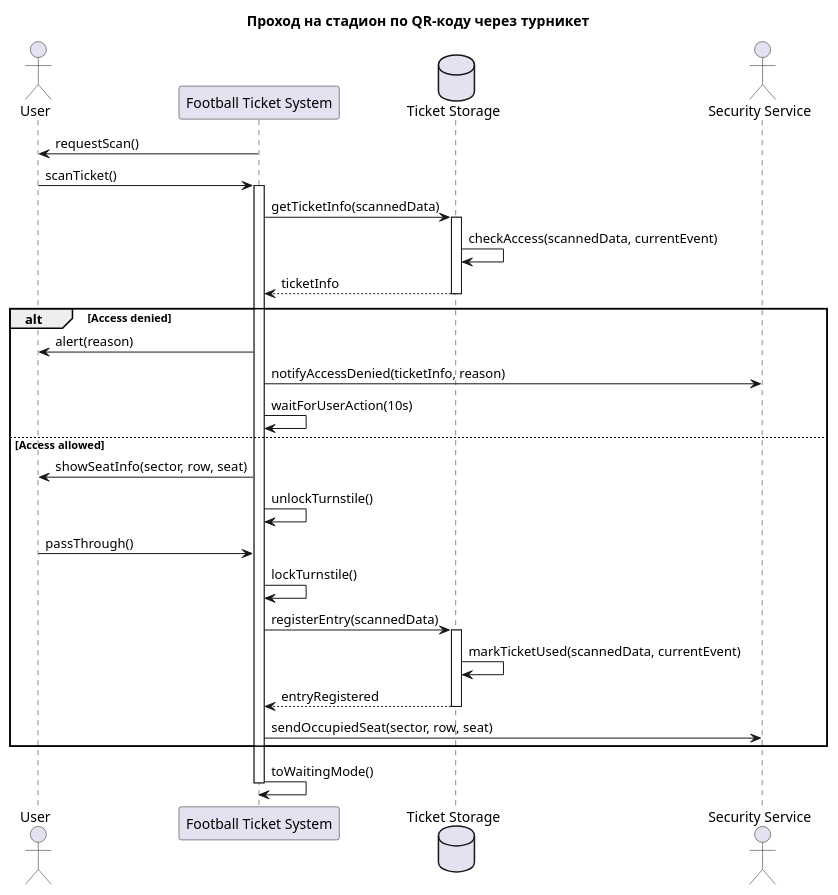
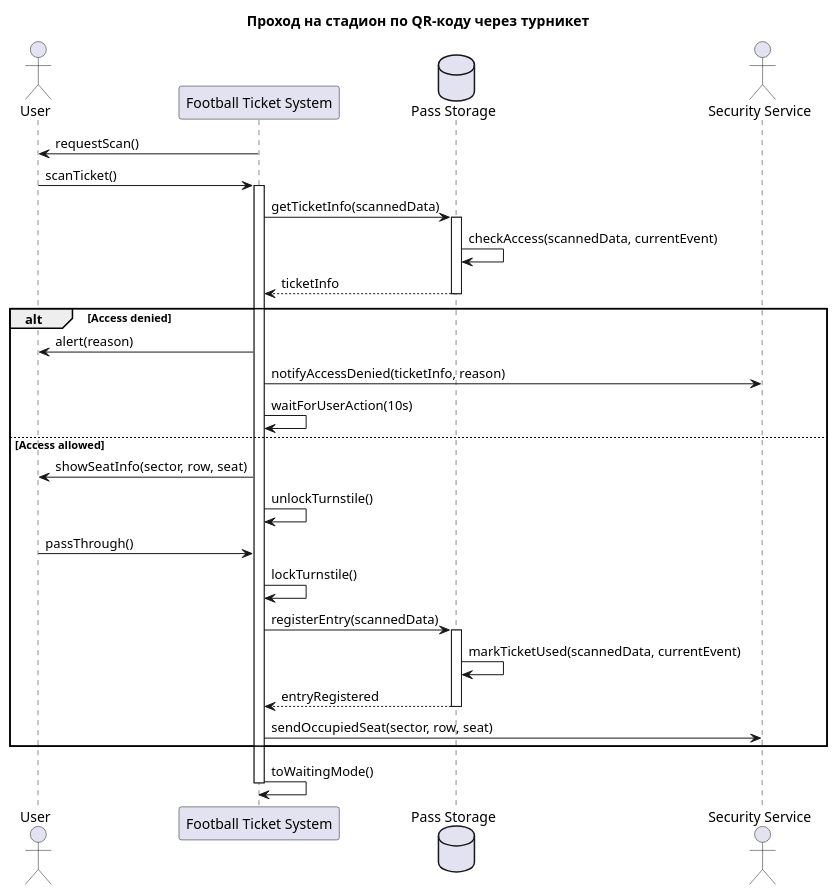
Before and after one commit to penamarth/bsbo-11-24_team5_var10_football: the diagram in Преценденты/Проход на стадион по QR-коду/Диаграмма последовательности.md, drawn with PlantUML. The commit also changed 14 other files, not shown here.

Commit message:
Дочистил чужие прецеденты под конвенцию FTS / Pass Storage: упоминания БД, Ticket Storage, контроллера и класса интерфейса заменены на FTS и хранилище пропусков

````diff
--- a/Преценденты/Проход на стадион по QR-коду/Диаграмма последовательности.md
+++ b/Преценденты/Проход на стадион по QR-коду/Диаграмма последовательности.md
@@ -3,43 +3,43 @@
 ```plantuml
 @startuml
 title Проход на стадион по QR-коду через турникет
 
 actor "User" as User
 participant "Football Ticket System" as FTS
-database "Ticket Storage" as TicketStorage
+database "Pass Storage" as PassStorage
 actor "Security Service" as Security
 
 FTS -> User : requestScan()
 User -> FTS : scanTicket()
 activate FTS
 
-FTS -> TicketStorage : getTicketInfo(scannedData)
-activate TicketStorage
-TicketStorage -> TicketStorage : checkAccess(scannedData, currentEvent)
-TicketStorage --> FTS : ticketInfo
-deactivate TicketStorage
+FTS -> PassStorage : getTicketInfo(scannedData)
+activate PassStorage
+PassStorage -> PassStorage : checkAccess(scannedData, currentEvent)
+PassStorage --> FTS : ticketInfo
+deactivate PassStorage
 
 alt Access denied
     FTS -> User : alert(reason)
     FTS -> Security : notifyAccessDenied(ticketInfo, reason)
     FTS -> FTS : waitForUserAction(10s)
 else Access allowed
     FTS -> User : showSeatInfo(sector, row, seat)
     FTS -> FTS : unlockTurnstile()
     User -> FTS : passThrough()
     FTS -> FTS : lockTurnstile()
 
-    FTS -> TicketStorage : registerEntry(scannedData)
-    activate TicketStorage
-    TicketStorage -> TicketStorage : markTicketUsed(scannedData, currentEvent)
-    TicketStorage --> FTS : entryRegistered
-    deactivate TicketStorage
+    FTS -> PassStorage : registerEntry(scannedData)
+    activate PassStorage
+    PassStorage -> PassStorage : markTicketUsed(scannedData, currentEvent)
+    PassStorage --> FTS : entryRegistered
+    deactivate PassStorage
 
     FTS -> Security : sendOccupiedSeat(sector, row, seat)
 end
 
 FTS -> FTS : toWaitingMode()
 deactivate FTS
 
 @enduml
 ```
````
